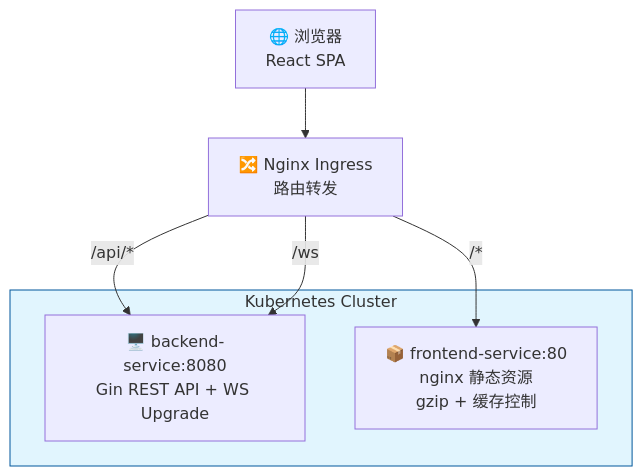
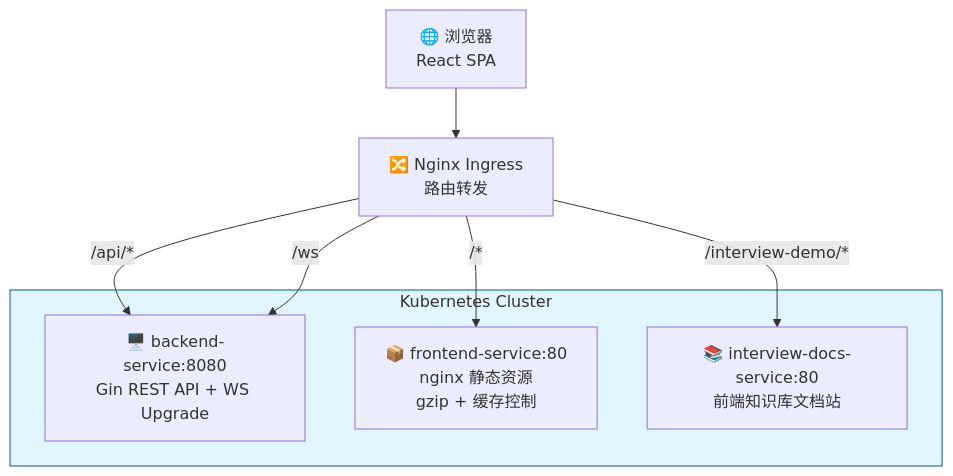
Before and after one commit to KMaybe01/interview-demo: the fourth of 49 diagrams in docs/S4-面试冲刺/00-面试技术亮点汇总.md, drawn with Mermaid. The commit also changed other lines of this file and 2 other files, not shown here.

````diff
--- a/docs/S4-面试冲刺/00-面试技术亮点汇总.md
+++ b/docs/S4-面试冲刺/00-面试技术亮点汇总.md
@@ -359,15 +363,17 @@
 ```mermaid
 graph TB
     User["🌐 浏览器<br/>React SPA"] --> Ingress["🔀 Nginx Ingress<br/>路由转发"]
 
     Ingress -->|"/api/*"| Backend["🖥️ backend-service:8080<br/>Gin REST API + WS Upgrade"]
     Ingress -->|"/*"| Frontend["📦 frontend-service:80<br/>nginx 静态资源<br/>gzip + 缓存控制"]
     Ingress -->|"/ws"| Backend
+    Ingress -->|"/interview-demo/*"| Docs["📚 interview-docs-service:80<br/>前端知识库文档站"]
 
     subgraph K8s["Kubernetes Cluster"]
         Frontend
         Backend
+        Docs
     end
 
     style K8s fill:#e1f5fe,stroke:#01579b
 ```
````
